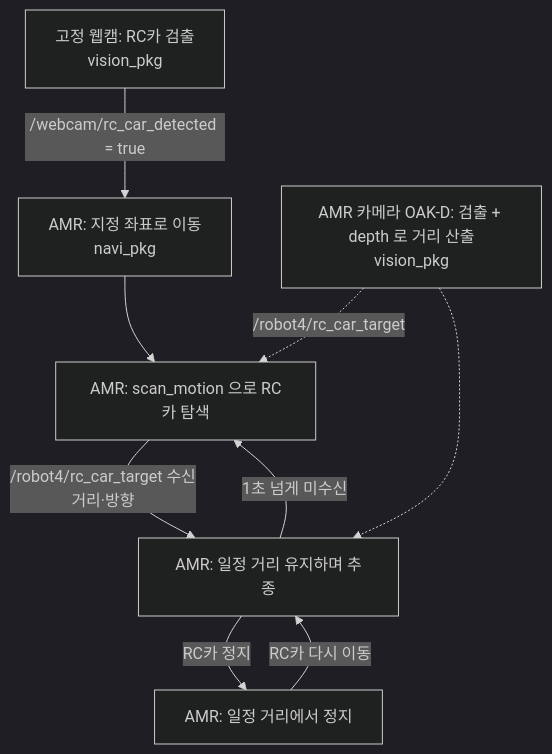
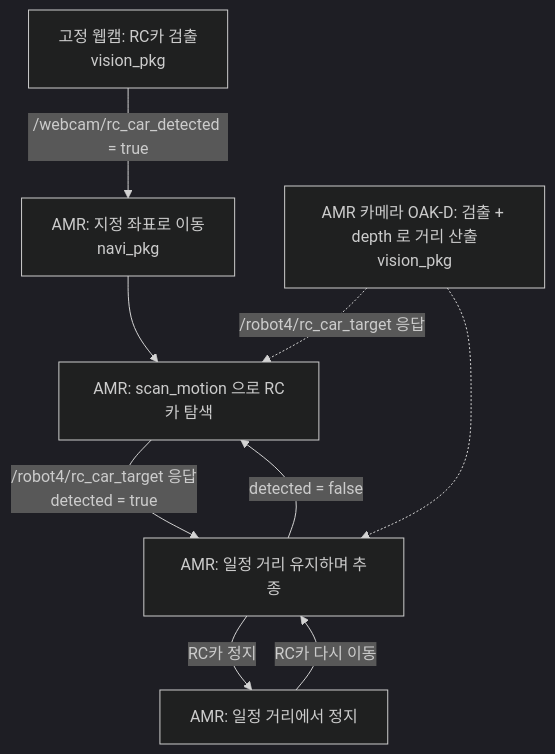
One commit to lhm3185/b-1_mini_project changed the diagram in docs/interfaces.md. Above: the diagram before and after it, drawn with Mermaid (dark theme). The commit also changed other lines of this file and 5 other files, not shown here.

First line of the commit message:
인터페이스 v0.7: RcCarTarget 을 토픽(msg)에서 서비스(srv)로 변경

````diff
--- a/docs/interfaces.md
+++ b/docs/interfaces.md
@@ -8,11 +8,11 @@
 ```mermaid
 flowchart TD
     A[고정 웹캠: RC카 검출<br/>vision_pkg] -->|/webcam/rc_car_detected = true| B[AMR: 지정 좌표로 이동<br/>navi_pkg]
     B --> C[AMR: scan_motion 으로 RC카 탐색]
-    C -->|/robot4/rc_car_target 수신<br/>거리·방향| D[AMR: 일정 거리 유지하며 추종]
+    C -->|/robot4/rc_car_target 응답<br/>detected = true| D[AMR: 일정 거리 유지하며 추종]
     D -->|RC카 정지| E[AMR: 일정 거리에서 정지]
     E -->|RC카 다시 이동| D
-    D -->|1초 넘게 미수신| C
-    F[AMR 카메라 OAK-D: 검출 + depth 로 거리 산출<br/>vision_pkg] -.->|/robot4/rc_car_target| C
+    D -->|detected = false| C
+    F[AMR 카메라 OAK-D: 검출 + depth 로 거리 산출<br/>vision_pkg] -.->|/robot4/rc_car_target 응답| C
     F -.-> D
 ```
````
